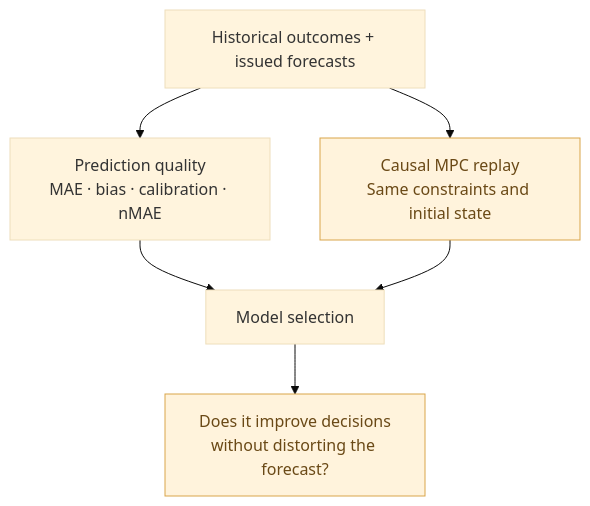
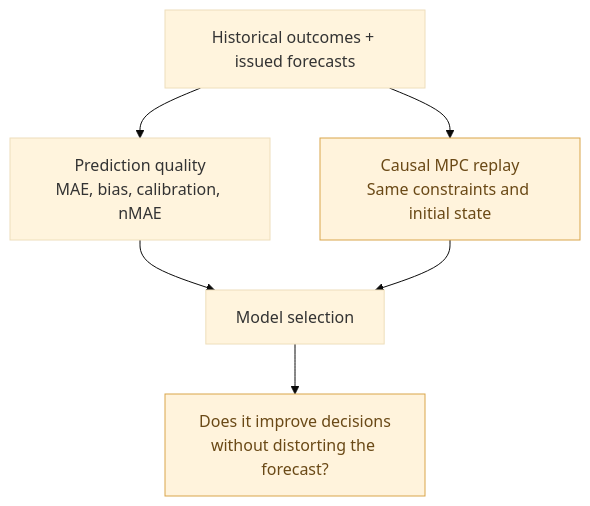
One commit to hugoenglund-wq/BEMS-public-preview changed the second of 4 diagrams in docs/architecture.md. Above: the diagram before and after it, drawn with Mermaid (base theme). The commit also changed other lines of this file, not shown here.

````diff
--- a/docs/architecture.md
+++ b/docs/architecture.md
@@ -72,10 +72,10 @@
 ```mermaid
 flowchart TB
-    Reality["Historical outcomes + issued forecasts"] --> Accuracy["Prediction quality<br/>MAE · bias · calibration · nMAE"]
+    Reality["Historical outcomes + issued forecasts"] --> Accuracy["Prediction quality<br/>MAE, bias, calibration, nMAE"]
     Reality --> Replay["Causal MPC replay<br/>Same constraints and initial state"]
     Accuracy --> Compare["Model selection"]
     Replay --> Compare
     Compare --> Decision["Does it improve decisions<br/>without distorting the forecast?"]
     classDef focus fill:#fff3dc,stroke:#d9a54a,color:#6a4916
     class Replay,Decision focus
 ```
````
